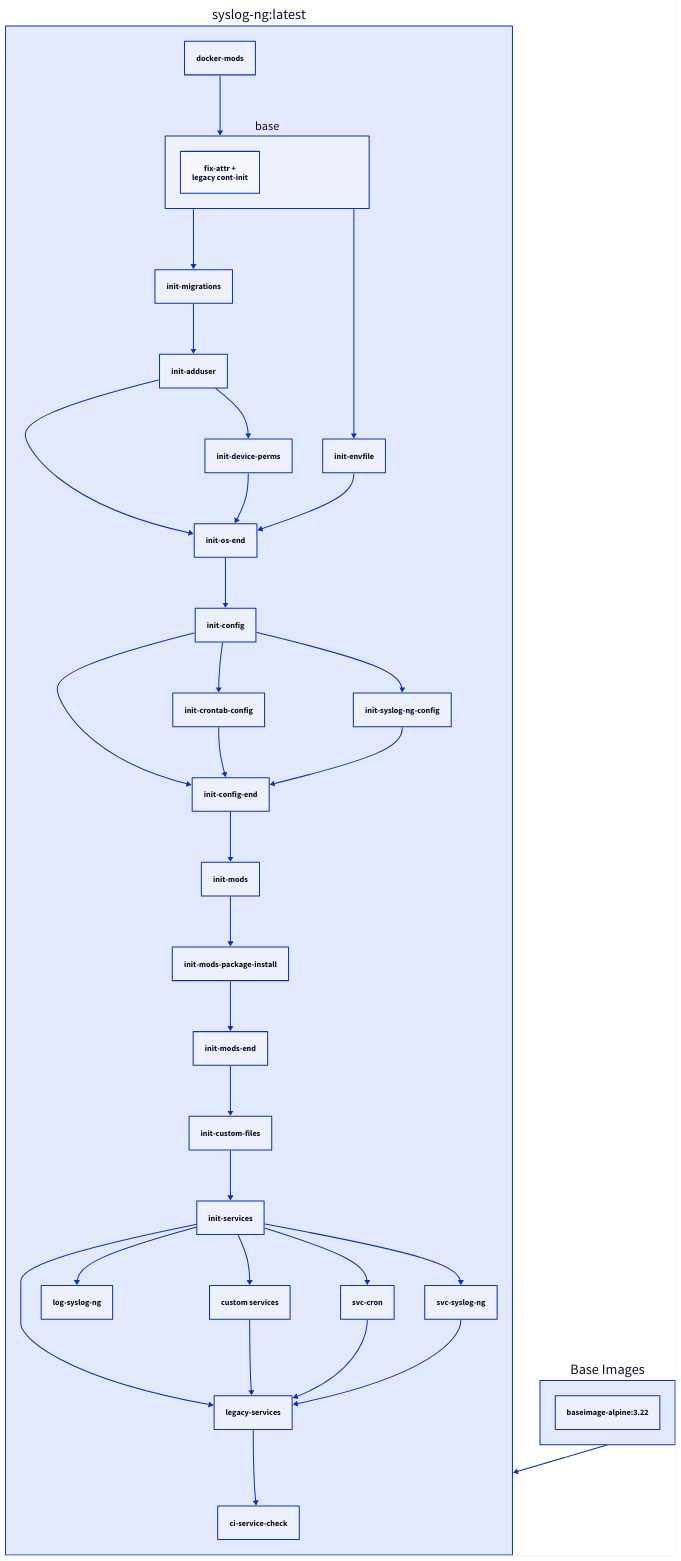
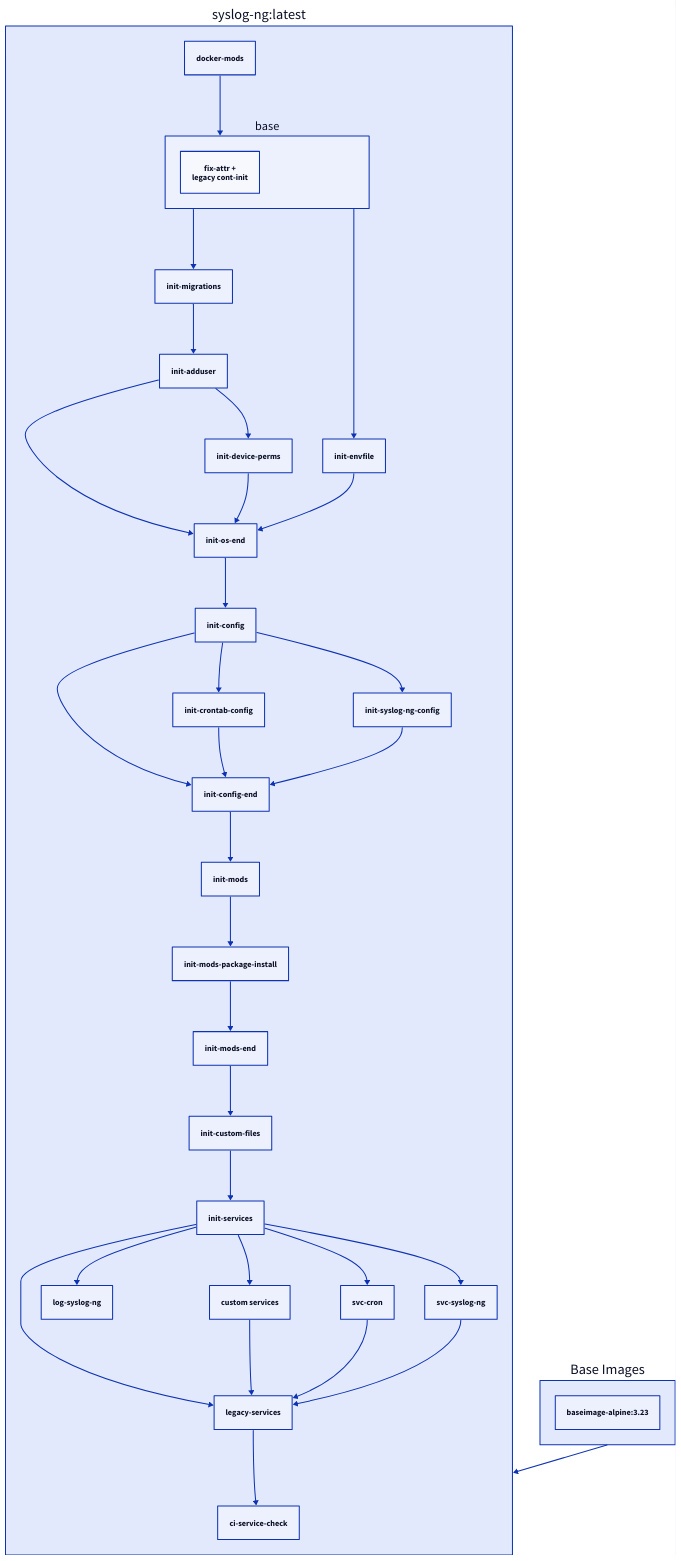
The diagram in docs/images/docker-syslog-ng.md (linuxserver/docker-documentation), drawn with D2 before and after one commit. The commit also changed other lines of this file, not shown here.

Commit message:
Bot Updating Documentation

````diff
--- a/docs/images/docker-syslog-ng.md
+++ b/docs/images/docker-syslog-ng.md
@@ -304,42 +304,42 @@
     ```d2
     "syslog-ng:latest": {
       docker-mods
       base {
         fix-attr +\nlegacy cont-init
       }
       docker-mods -> base
       legacy-services
       custom services
       init-services -> legacy-services
       init-services -> custom services
       custom services -> legacy-services
       legacy-services -> ci-service-check
       init-migrations -> init-adduser
       init-os-end -> init-config
       init-config -> init-config-end
       init-crontab-config -> init-config-end
       init-syslog-ng-config -> init-config-end
       init-config -> init-crontab-config
       init-mods-end -> init-custom-files
       init-adduser -> init-device-perms
       base -> init-envfile
       base -> init-migrations
       init-config-end -> init-mods
       init-mods-package-install -> init-mods-end
       init-mods -> init-mods-package-install
       init-adduser -> init-os-end
       init-device-perms -> init-os-end
       init-envfile -> init-os-end
       init-custom-files -> init-services
       init-config -> init-syslog-ng-config
       init-services -> log-syslog-ng
       init-services -> svc-cron
       svc-cron -> legacy-services
       init-services -> svc-syslog-ng
       svc-syslog-ng -> legacy-services
     }
     Base Images: {
-      "baseimage-alpine:3.22"
+      "baseimage-alpine:3.23"
     }
     "syslog-ng:latest" <- Base Images
     ```
````
